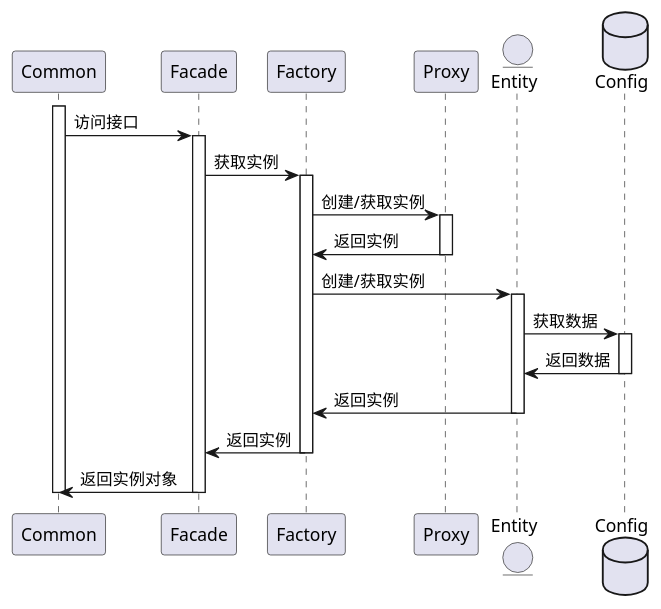
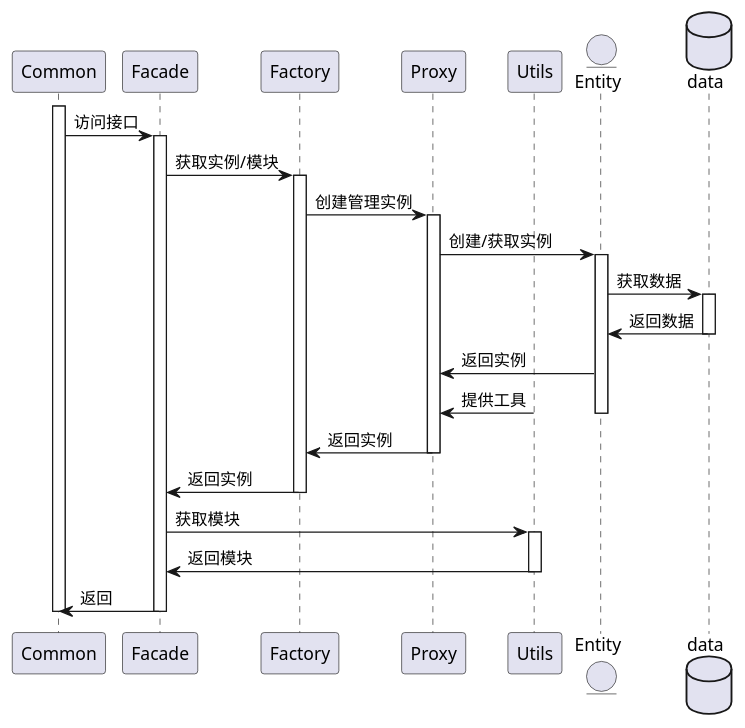
Before and after one commit to Pionpill/HammerWorkshop-CookingCraft: the diagram in docs/DetailedDesign/puml/common.puml, drawn with PlantUML. The commit also changed 1 other file, not shown here.

```diff
--- a/docs/DetailedDesign/puml/common.puml
+++ b/docs/DetailedDesign/puml/common.puml
@@ -1,31 +1,41 @@
 @startuml common
 participant Common
 participant Facade
 participant Factory
 participant Proxy
+participant Utils
 entity Entity
-database Config
+database data
 
 activate Common
 Common -> Facade: 访问接口
 activate Facade
-Facade -> Factory: 获取实例
+Facade -> Factory: 获取实例/模块
 activate Factory
-Factory -> Proxy: 创建/获取实例
+Factory -> Proxy: 创建管理实例
 activate Proxy
+
+Proxy -> Entity: 创建/获取实例
+activate Entity
+Entity -> data: 获取数据
+activate data
+data -> Entity: 返回数据
+deactivate data
+Entity -> Proxy: 返回实例
+Utils -> Proxy: 提供工具
+deactivate Entity
+
 Proxy -> Factory: 返回实例
 deactivate Proxy
-Factory -> Entity: 创建/获取实例
-activate Entity
-Entity -> Config: 获取数据
-activate Config
-Config -> Entity: 返回数据
-deactivate Config
-Entity -> Factory: 返回实例
-deactivate Entity
 Factory -> Facade: 返回实例
 deactivate Factory
-Facade -> Common: 返回实例对象
+
+Facade -> Utils: 获取模块
+activate Utils
+Utils -> Facade: 返回模块
+deactivate Utils
+
+Facade -> Common: 返回
 deactivate Facade
 deactivate Common
 @enduml
```
